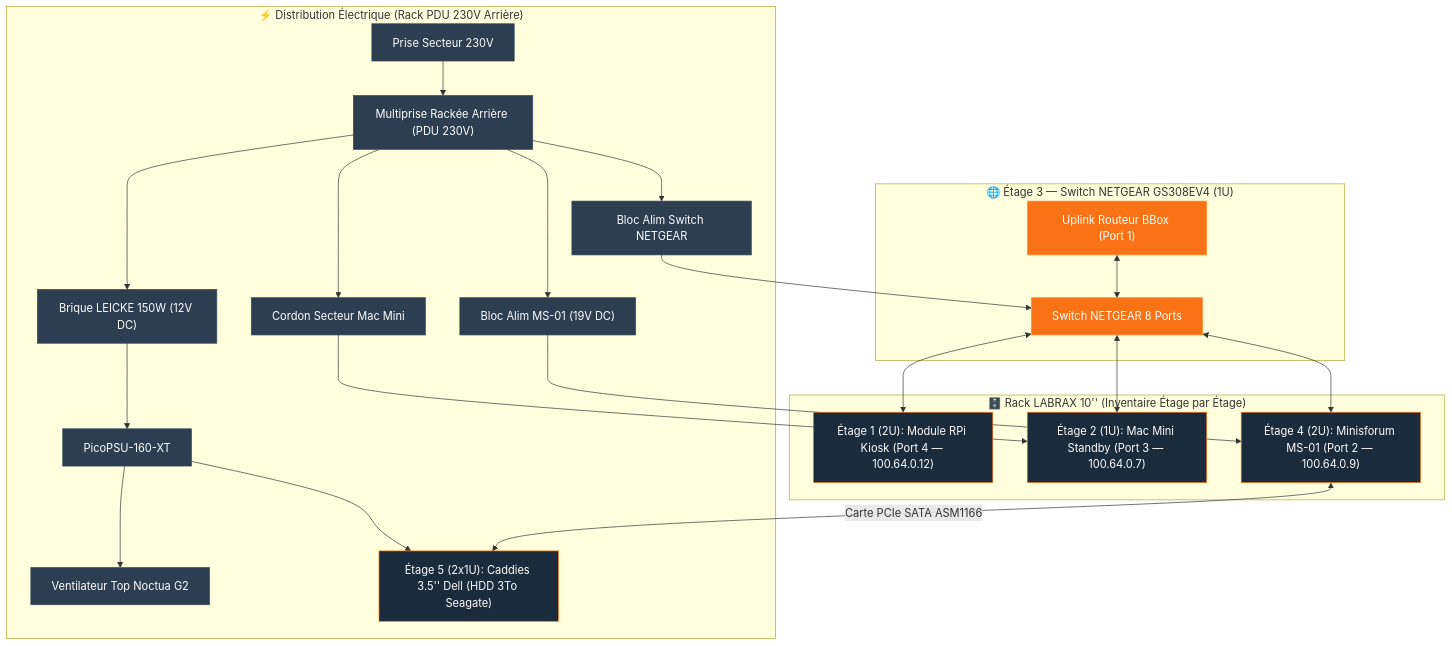
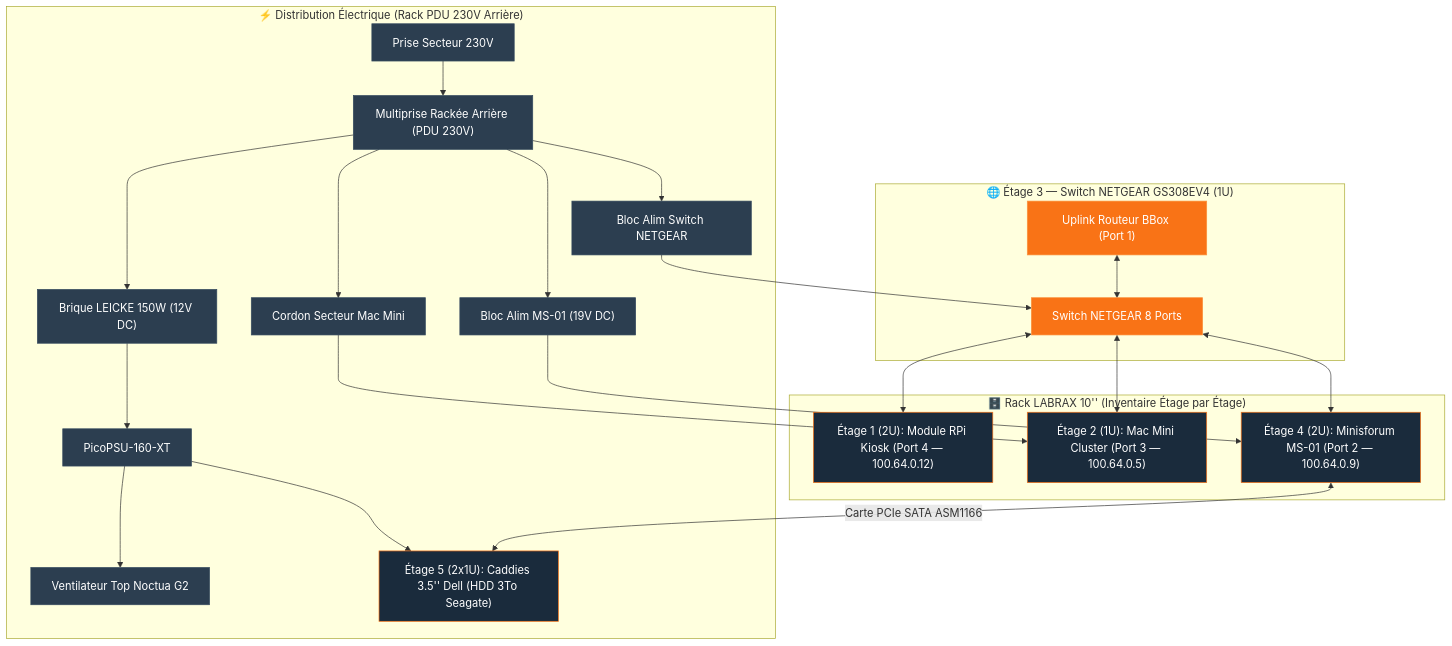
One commit to ims-world/docs changed the diagram in infrastructure/labrax.md. Above: the diagram before and after it, drawn with Mermaid. The commit also changed other lines of this file and 13 other files, not shown here.

Commit message:
docs: refonte du schema d'architecture macro globale pour le cluster 2 nœuds ims-cluster (MS-01 + Mac Mini) et IPs Tailscale

````diff
--- a/infrastructure/labrax.md
+++ b/infrastructure/labrax.md
@@ -61,54 +61,54 @@
 ```mermaid
 graph TB
     subgraph POWER_DIST ["⚡ Distribution Électrique (Rack PDU 230V Arrière)"]
         SECTEUR["Prise Secteur 230V"]
         PDU["Multiprise Rackée Arrière (PDU 230V)"]
         
         LEICKE["Brique LEICKE 150W (12V DC)"]
         PICO["PicoPSU-160-XT"]
         FAN["Ventilateur Top Noctua G2"]
         
         ALIM_SWITCH["Bloc Alim Switch NETGEAR"]
         ALIM_MS01["Bloc Alim MS-01 (19V DC)"]
         ALIM_MAC["Cordon Secteur Mac Mini"]
 
         SECTEUR --> PDU
         PDU --> LEICKE
         LEICKE --> PICO
         PICO --> FAN
         PICO --> HDD_DISKS
 
         PDU --> ALIM_SWITCH
         PDU --> ALIM_MS01
         PDU --> ALIM_MAC
     end
 
     subgraph SWITCH ["🌐 Étage 3 — Switch NETGEAR GS308EV4 (1U)"]
         NETGEAR["Switch NETGEAR 8 Ports"]
         BBOX["Uplink Routeur BBox (Port 1)"]
         BBOX <--> NETGEAR
         ALIM_SWITCH --> NETGEAR
     end
 
     subgraph SLOTS ["🗄️ Rack LABRAX 10'' (Inventaire Étage par Étage)"]
         RPI["Étage 1 (2U): Module RPi Kiosk (Port 4 — 100.64.0.12)"]
-        MAC_MINI["Étage 2 (1U): Mac Mini Standby (Port 3 — 100.64.0.7)"]
+        MAC_MINI["Étage 2 (1U): Mac Mini Cluster (Port 3 — 100.64.0.5)"]
         MS01["Étage 4 (2U): Minisforum MS-01 (Port 2 — 100.64.0.9)"]
         HDD_DISKS["Étage 5 (2x1U): Caddies 3.5'' Dell (HDD 3To Seagate)"]
     end
 
     ALIM_MS01 --> MS01
     ALIM_MAC --> MAC_MINI
 
     NETGEAR <--> MS01
     NETGEAR <--> MAC_MINI
     NETGEAR <--> RPI
     MS01 <-->|Carte PCIe SATA ASM1166| HDD_DISKS
 
     classDef pwr fill:#2c3e50,stroke:#34495e,color:#fff;
     classDef net fill:#F97316,stroke:#FB923C,color:#fff;
     classDef node fill:#1a2b3c,stroke:#F97316,color:#fff;
     class SECTEUR,PDU,LEICKE,PICO,FAN,ALIM_SWITCH,ALIM_MS01,ALIM_MAC pwr;
     class NETGEAR,BBOX net;
     class MS01,MAC_MINI,RPI,HDD_DISKS node;
 ```
````
